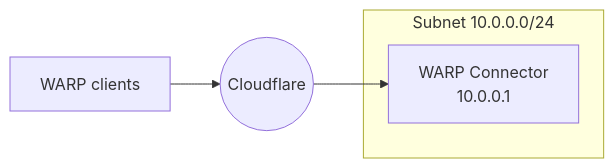
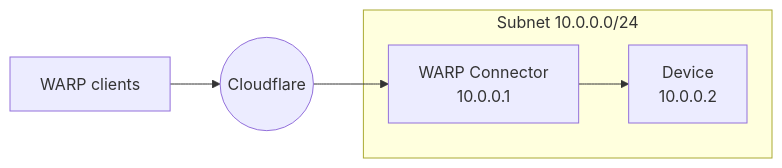
One commit to cloudflare/cloudflare-docs changed the first of 2 diagrams in src/content/docs/cloudflare-one/connections/connect-networks/private-net/warp-connector/user-to-site.mdx. Above: the diagram before and after it, drawn with Mermaid. The commit also changed other lines of this file and 4 other files, not shown here.

````diff
--- a/src/content/docs/cloudflare-one/connections/connect-networks/private-net/warp-connector/user-to-site.mdx
+++ b/src/content/docs/cloudflare-one/connections/connect-networks/private-net/warp-connector/user-to-site.mdx
@@ -13,8 +13,11 @@
 ```mermaid
     flowchart LR
       subgraph subnet1[Subnet 10.0.0.0/24]
+				router1["WARP Connector
+        10.0.0.1"]--> device1["Device
+        10.0.0.2"]
       router1["WARP Connector
         10.0.0.1"]
       end
       W[WARP clients]-->C((Cloudflare))-->router1
 ```
````
